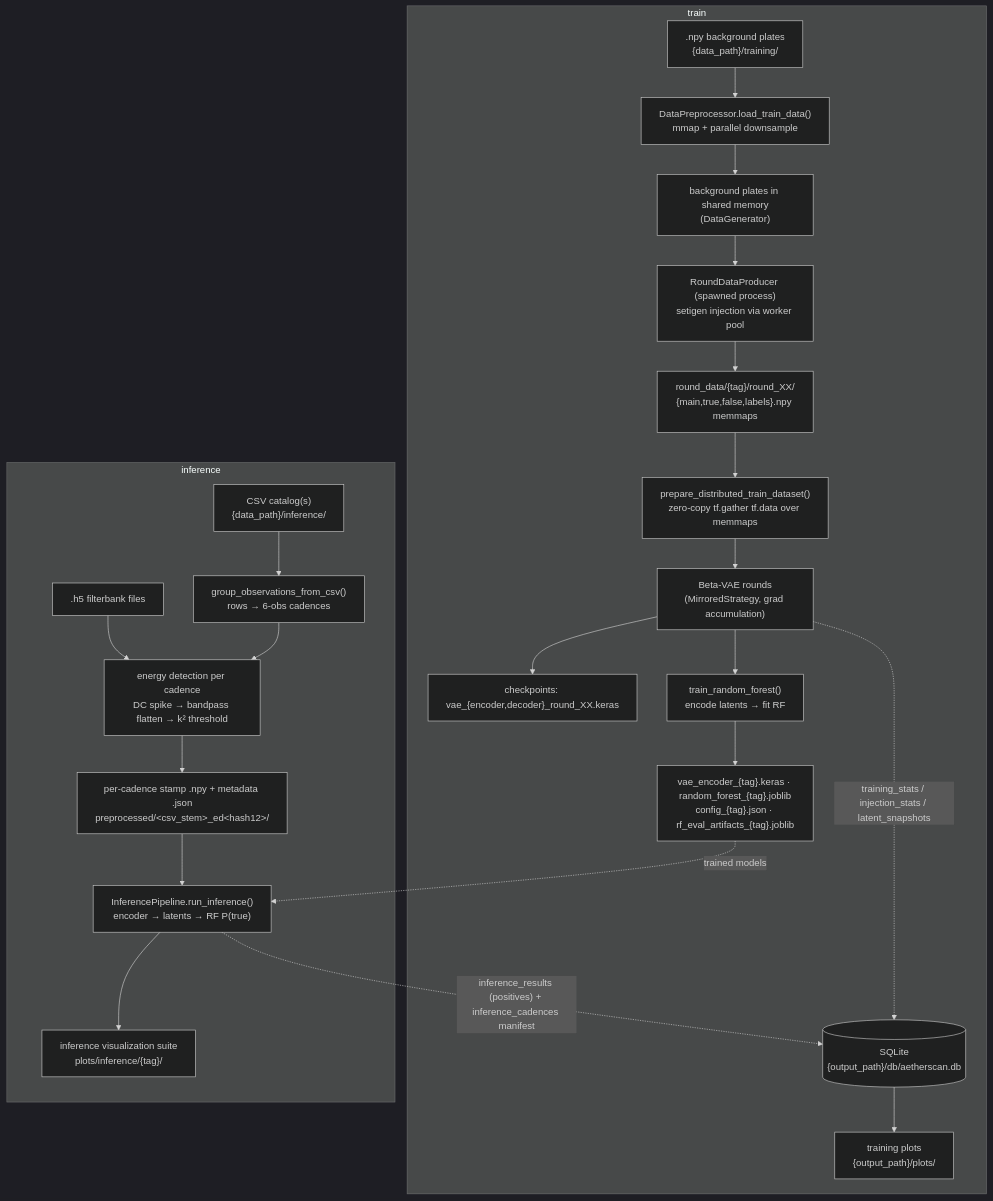
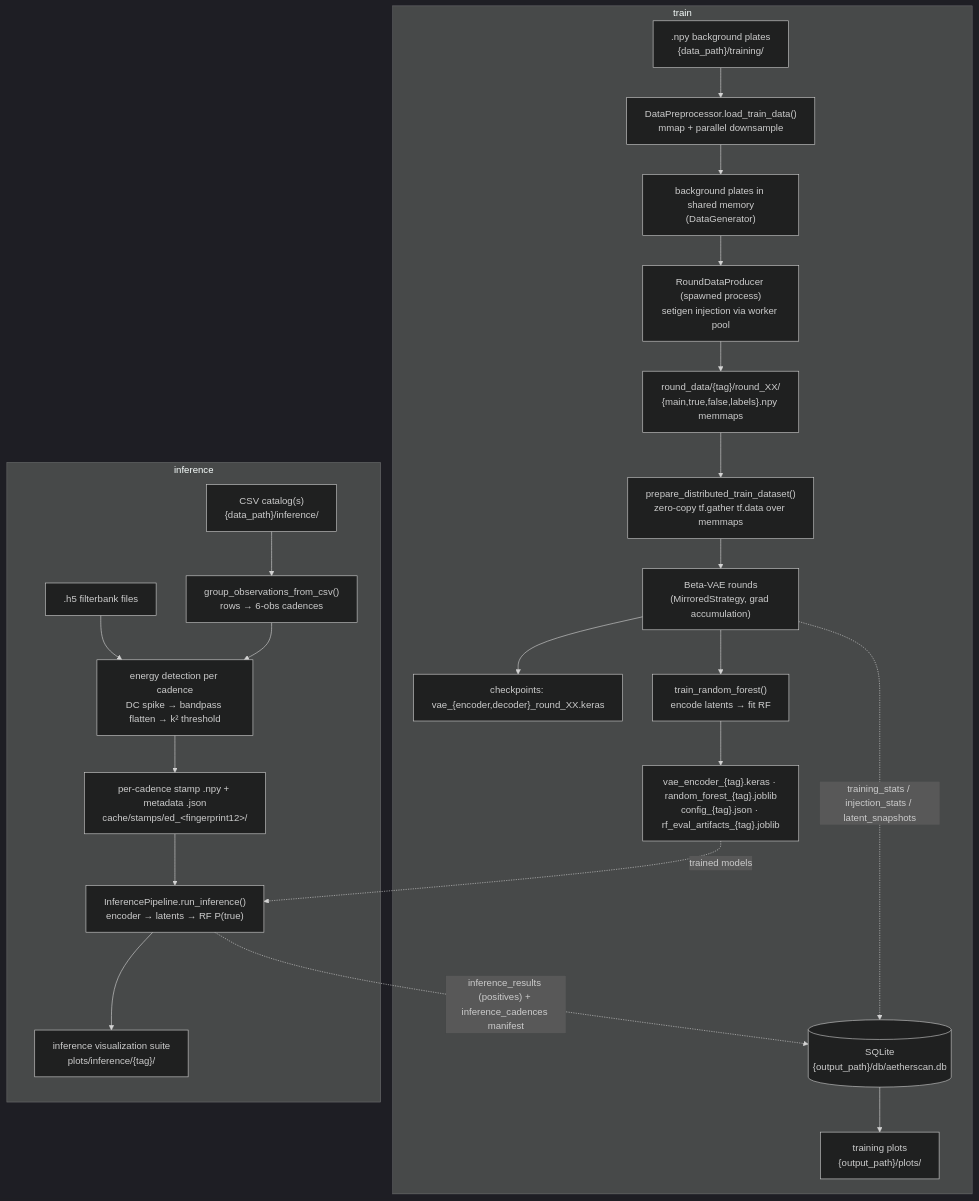
The diagram in docs/ARCHITECTURE.md (zachtheyek/Aetherscan), drawn with Mermaid (dark theme) before and after one commit. The commit also changed other lines of this file and 9 other files, not shown here.

First line of the commit message:
feat: content-addressed stamp cache + unified cache root under data_path/cache (#412)

````diff
--- a/docs/ARCHITECTURE.md
+++ b/docs/ARCHITECTURE.md
@@ -77,27 +77,27 @@
 ```mermaid
 flowchart TB
     subgraph TRAIN["train"]
         BG[".npy background plates<br/>{data_path}/training/"] --> LOAD["DataPreprocessor.load_train_data()<br/>mmap + parallel downsample"]
         LOAD --> SHM["background plates in shared memory<br/>(DataGenerator)"]
         SHM --> PROD["RoundDataProducer (spawned process)<br/>setigen injection via worker pool"]
         PROD --> RD["round_data/{tag}/round_XX/<br/>{main,true,false,labels}.npy memmaps"]
         RD --> DS["prepare_distributed_train_dataset()<br/>zero-copy tf.gather tf.data over memmaps"]
         DS --> VAE["Beta-VAE rounds<br/>(MirroredStrategy, grad accumulation)"]
         VAE --> CKPT["checkpoints: vae_{encoder,decoder}_round_XX.keras"]
         VAE --> RF["train_random_forest()<br/>encode latents → fit RF"]
         RF --> ART["vae_encoder_{tag}.keras · random_forest_{tag}.joblib<br/>config_{tag}.json · rf_eval_artifacts_{tag}.joblib"]
         VAE -. "training_stats / injection_stats / latent_snapshots" .-> DB[("SQLite<br/>{output_path}/db/aetherscan.db")]
         DB --> PLOTS["training plots<br/>{output_path}/plots/"]
     end
 
     subgraph INF["inference"]
         CSV["CSV catalog(s)<br/>{data_path}/inference/"] --> GROUP["group_observations_from_csv()<br/>rows → 6-obs cadences"]
         H5[".h5 filterbank files"] --> ED
         GROUP --> ED["energy detection per cadence<br/>DC spike → bandpass flatten → k² threshold"]
-        ED --> NPY["per-cadence stamp .npy + metadata .json<br/>preprocessed/&lt;csv_stem&gt;_ed&lt;hash12&gt;/"]
+        ED --> NPY["per-cadence stamp .npy + metadata .json<br/>cache/stamps/ed_&lt;fingerprint12&gt;/"]
         NPY --> ENC["InferencePipeline.run_inference()<br/>encoder → latents → RF P(true)"]
         ART -. "trained models" .-> ENC
         ENC -. "inference_results (positives) + inference_cadences manifest" .-> DB
         ENC --> VIZ["inference visualization suite<br/>plots/inference/{tag}/"]
     end
 ```
````
